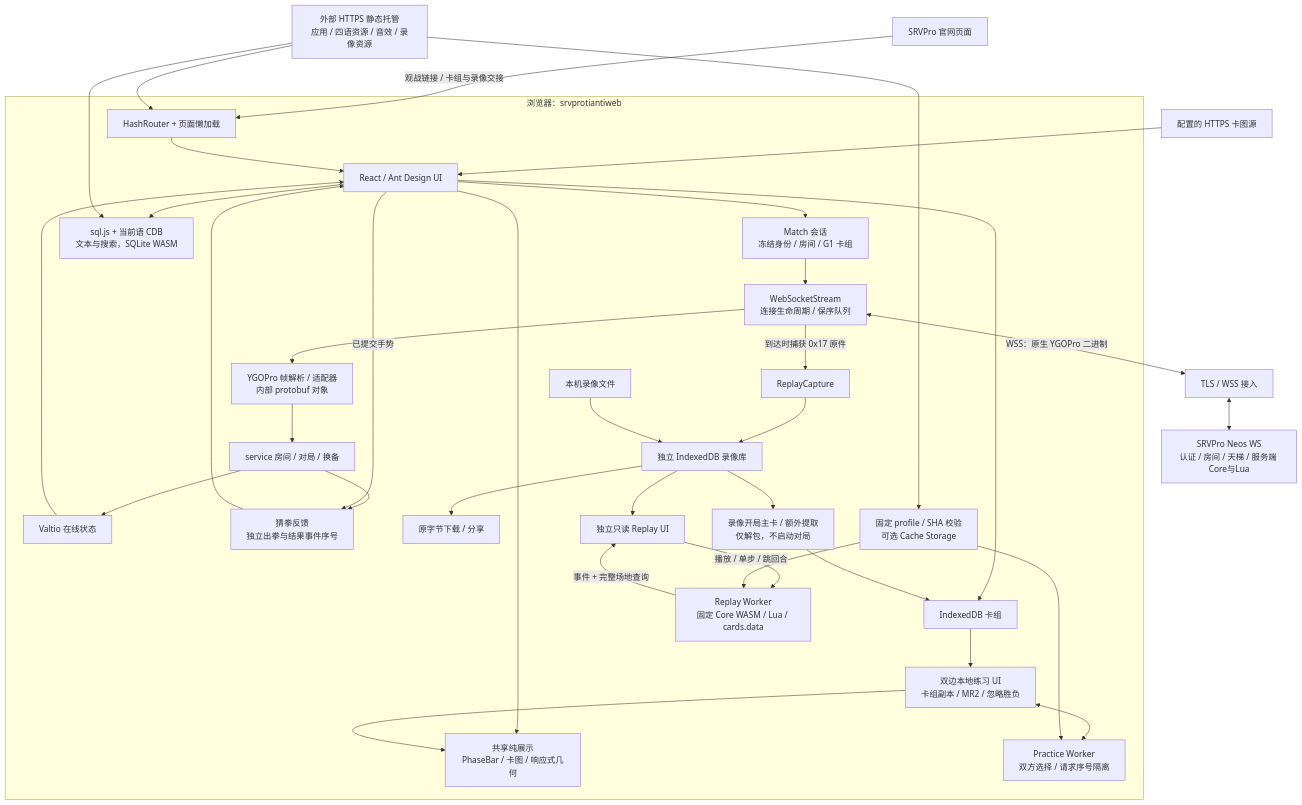
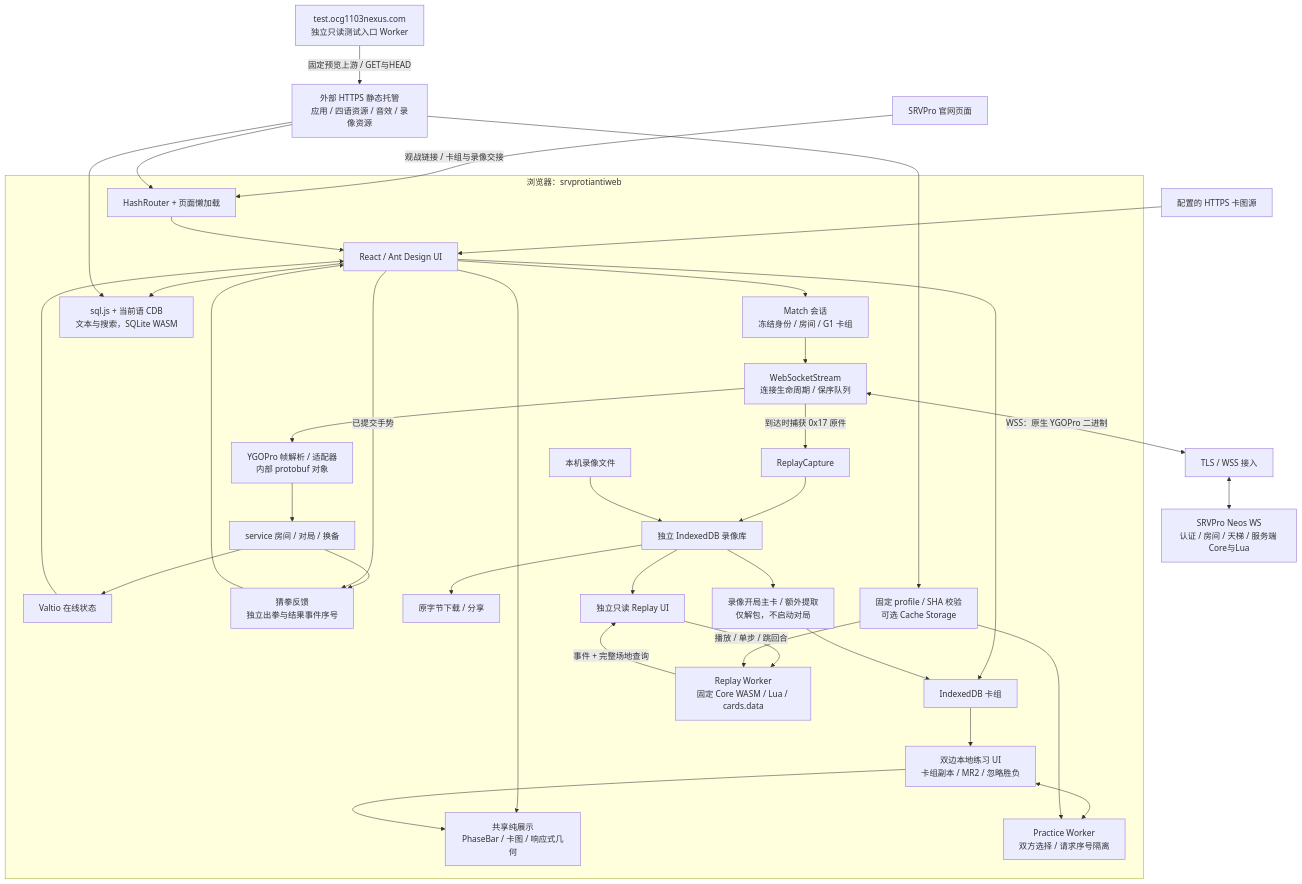
One commit to 301zrg/srvprotiantiweb changed the first of 4 diagrams in docs/ARCHITECTURE.md. Above: the diagram before and after it, drawn with Mermaid. The commit also changed other lines of this file and 19 other files, not shown here.

Commit message:
Fix mixed-zone selection and chain target feedback with isolated test entry

````diff
--- a/docs/ARCHITECTURE.md
+++ b/docs/ARCHITECTURE.md
@@ -9,39 +9,40 @@
 ```mermaid
 flowchart TB
   Website["SRVPro 官网页面"] -->|"观战链接 / 卡组与录像交接"| Router
   Static["外部 HTTPS 静态托管<br/>应用 / 四语资源 / 音效 / 录像资源"] --> Router
+  TestEntry["test.ocg1103nexus.com<br/>独立只读测试入口 Worker"] -->|"固定预览上游 / GET与HEAD"| Static
   Images["配置的 HTTPS 卡图源"] --> UI
   subgraph Browser["浏览器：srvprotiantiweb"]
     Router["HashRouter + 页面懒加载"] --> UI["React / Ant Design UI"]
     UI --> Join["Match 会话<br/>冻结身份 / 房间 / G1 卡组"]
     UI --> SharedDisplay["共享纯展示<br/>PhaseBar / 卡图 / 响应式几何"]
     Join --> Transport["WebSocketStream<br/>连接生命周期 / 保序队列"]
     Transport --> Adapter["YGOPro 帧解析 / 适配器<br/>内部 protobuf 对象"]
     Adapter --> Services["service 房间 / 对局 / 换备"]
     Services --> Stores["Valtio 在线状态"]
     Stores --> UI
     Services --> RpsNotice["猜拳反馈<br/>独立出拳与结果事件序号"]
     UI -->|"已提交手势"| RpsNotice
     RpsNotice --> UI
     UI --> Sqlite["sql.js + 当前语 CDB<br/>文本与搜索，SQLite WASM"]
     UI --> Decks["IndexedDB 卡组"]
     Transport -->|"到达时捕获 0x17 原件"| Capture["ReplayCapture"]
     Capture --> Library["独立 IndexedDB 录像库"]
     Files["本机录像文件"] --> Library
     Library --> Export["原字节下载 / 分享"]
     Library --> Player["独立只读 Replay UI"]
     Player -->|"播放 / 单步 / 跳回合"| Worker["Replay Worker<br/>固定 Core WASM / Lua / cards.data"]
     Worker -->|"事件 + 完整场地查询"| Player
     Profile["固定 profile / SHA 校验<br/>可选 Cache Storage"] --> Worker
     Library --> Extract["录像开局主卡 / 额外提取<br/>仅解包，不启动对局"]
     Extract --> Decks
     Decks --> Practice["双边本地练习 UI<br/>卡组副本 / MR2 / 忽略胜负"]
     Practice --> SharedDisplay
     Practice <--> PracticeWorker["Practice Worker<br/>双方选择 / 请求序号隔离"]
     Profile --> PracticeWorker
   end
   Transport <-->|"WSS：原生 YGOPro 二进制"| Gateway["TLS / WSS 接入"]
   Gateway <--> Server["SRVPro Neos WS<br/>认证 / 房间 / 天梯 / 服务端 Core与Lua"]
   Static --> Sqlite
   Static --> Profile
 ```
````
